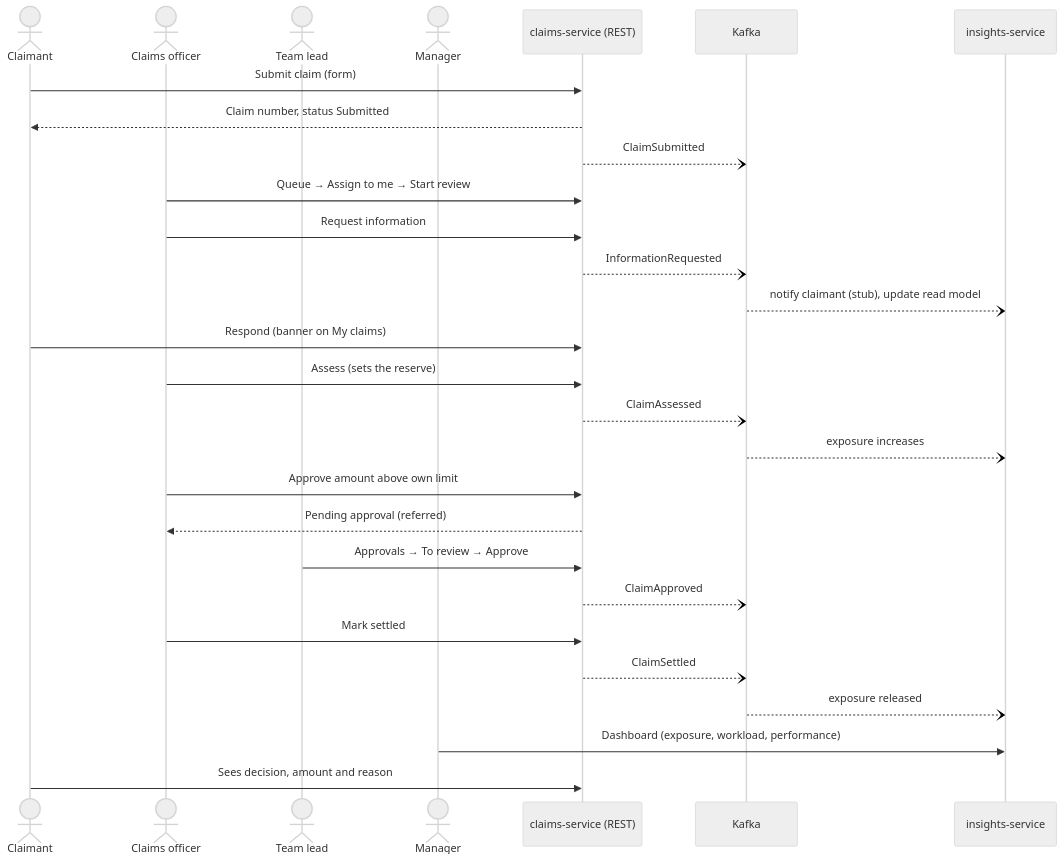
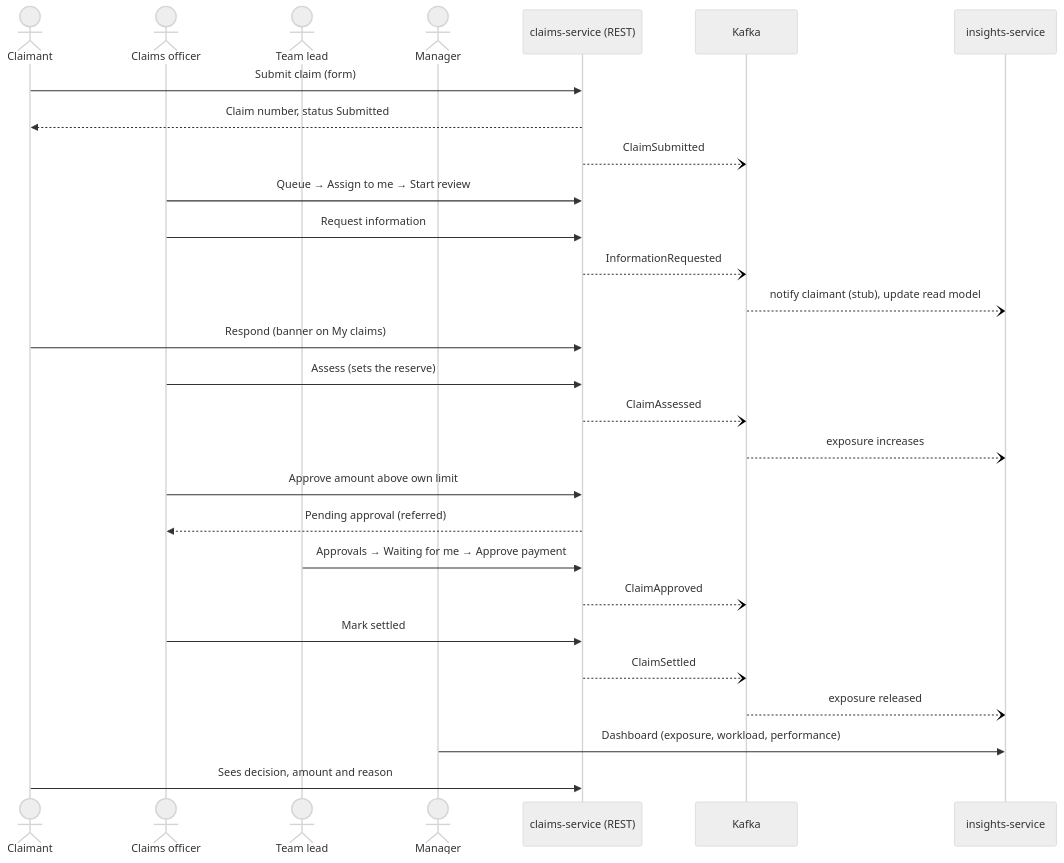
The second of 6 diagrams in docs/user-flows.md (heikaliskandar/chubb-claims-platform), drawn with Mermaid (neutral theme) before and after one commit. The commit also changed other lines of this file and 29 other files, not shown here.

````diff
--- a/docs/user-flows.md
+++ b/docs/user-flows.md
@@ -44,31 +44,31 @@
 ```mermaid
 sequenceDiagram
     actor C as Claimant
     actor O as Claims officer
     actor L as Team lead
     actor M as Manager
     participant API as claims-service (REST)
     participant K as Kafka
     participant I as insights-service
 
     C->>API: Submit claim (form)
     API-->>C: Claim number, status Submitted
     API--)K: ClaimSubmitted
     O->>API: Queue → Assign to me → Start review
     O->>API: Request information
     API--)K: InformationRequested
     K--)I: notify claimant (stub), update read model
     C->>API: Respond (banner on My claims)
     O->>API: Assess (sets the reserve)
     API--)K: ClaimAssessed
     K--)I: exposure increases
     O->>API: Approve amount above own limit
     API-->>O: Pending approval (referred)
-    L->>API: Approvals → To review → Approve
+    L->>API: Approvals → Waiting for me → Approve payment
     API--)K: ClaimApproved
     O->>API: Mark settled
     API--)K: ClaimSettled
     K--)I: exposure released
     M->>I: Dashboard (exposure, workload, performance)
     C->>API: Sees decision, amount and reason
 ```
````
